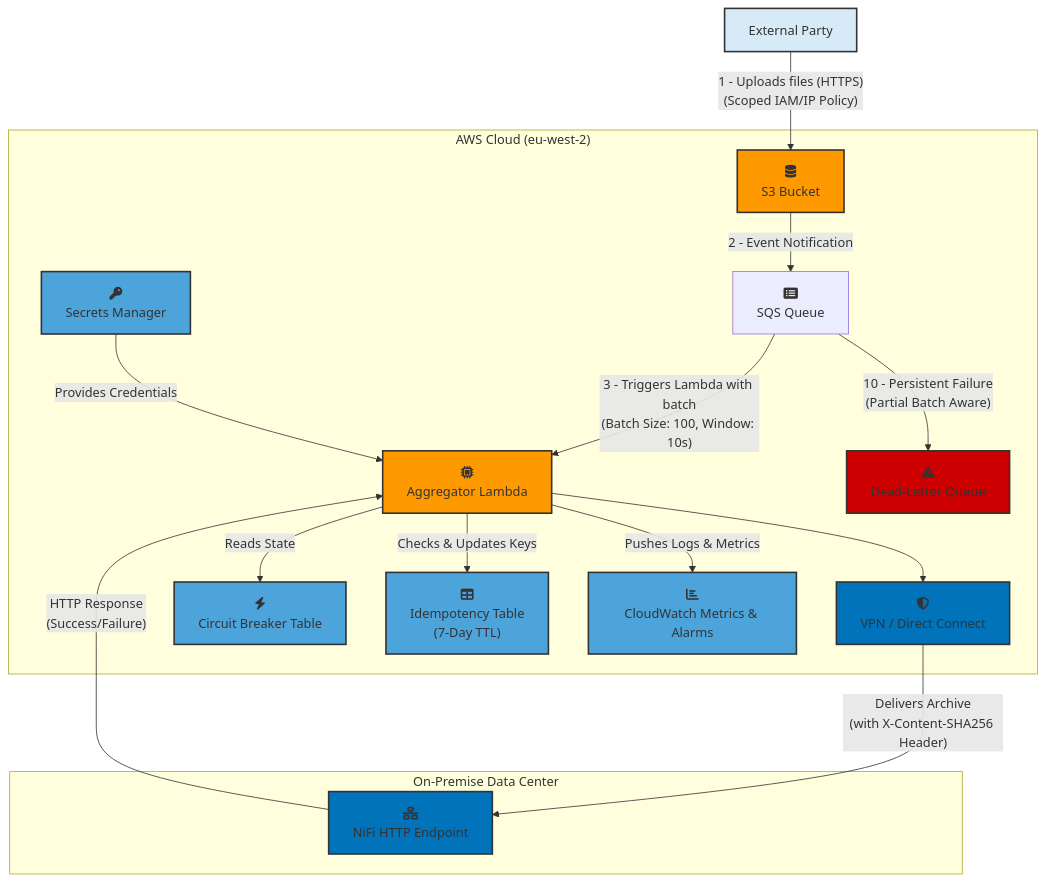
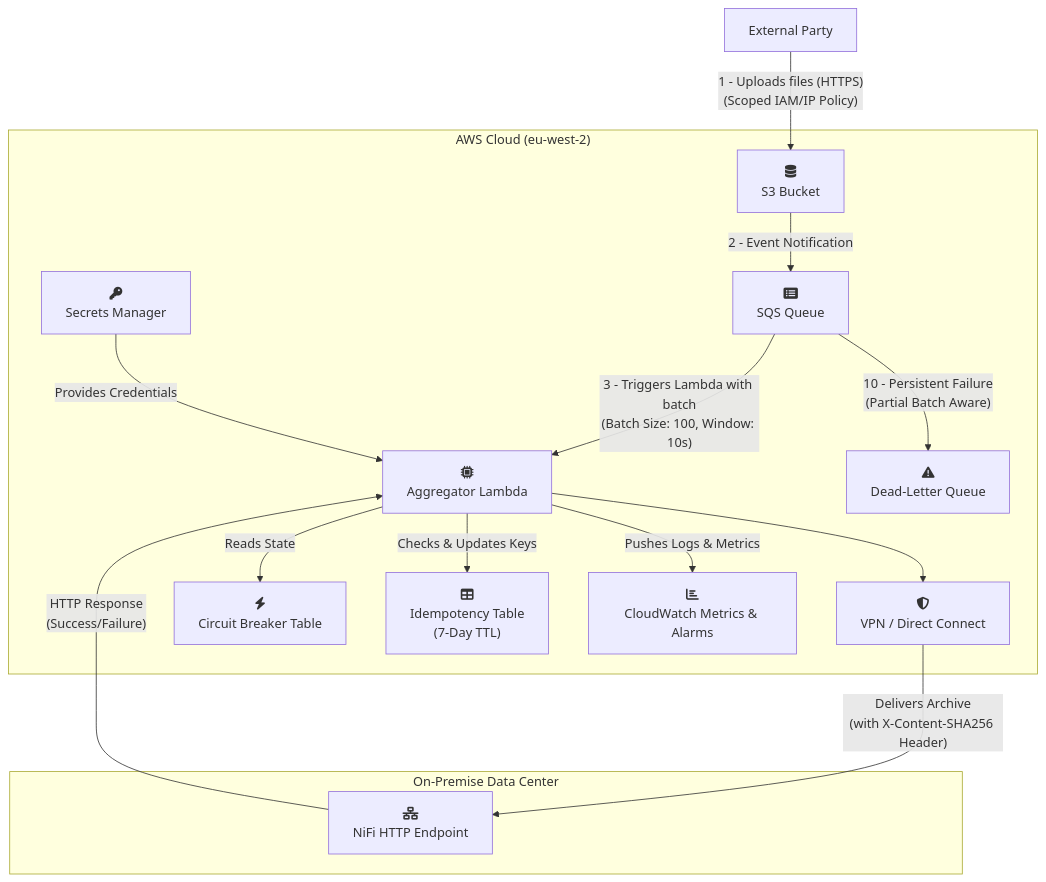
One commit to jathorp/data-agregator changed the diagram in README.md. Above: the diagram before and after it, drawn with Mermaid. The commit also changed other lines of this file, not shown here.

````diff
--- a/README.md
+++ b/README.md
@@ -56,53 +53,39 @@
 ```mermaid
 flowchart TD
     %% ───────── External Entities ─────────
     ExternalParty["External Party"]
     subgraph "On-Premise Data Center"
         NiFi["fa:fa-network-wired<br/>NiFi HTTP Endpoint"]
     end
 
     %% ───────── AWS Cloud (eu-west-2) System Boundary ─────────
     subgraph "AWS Cloud (eu-west-2)"
         %% Main Data Flow Nodes
         S3["fa:fa-database<br/>S3 Bucket"]
         SQS["fa:fa-list-alt<br/>SQS Queue"]
         Lambda["fa:fa-microchip<br/>Aggregator Lambda"]
         SecureTunnel["fa:fa-shield-alt<br/>VPN / Direct Connect"]
         DLQ["fa:fa-exclamation-triangle<br/>Dead-Letter Queue"]
         
         %% Supporting Service Nodes
         DynamoCB["fa:fa-bolt<br/>Circuit Breaker Table"]
         DynamoDB["fa:fa-table<br/>Idempotency Table<br/>(7-Day TTL)"]
         SecretsManager["fa:fa-key<br/>Secrets Manager"]
         CloudWatch["fa:fa-chart-bar<br/>CloudWatch Metrics & Alarms"]
 
         %% Internal System Connections
         S3              -->|"2 - Event Notification"| SQS
         SQS             -->|"3 - Triggers Lambda with batch<br/>(Batch Size: 100, Window: 10s)"| Lambda
         Lambda -- "Reads State" --> DynamoCB
         Lambda -- "Checks & Updates Keys" --> DynamoDB
         SecretsManager -- "Provides Credentials" --> Lambda
         Lambda -- "Pushes Logs & Metrics" --> CloudWatch
         Lambda --> SecureTunnel
         SQS -->|"10 - Persistent Failure<br/>(Partial Batch Aware)"| DLQ
     end
 
     %% ───────── Boundary Crossing Connections ─────────
     ExternalParty   -->|"1 - Uploads files (HTTPS)<br/>(Scoped IAM/IP Policy)"| S3
     SecureTunnel -->|"Delivers Archive<br/>(with X-Content-SHA256 Header)"| NiFi
     NiFi -- "HTTP Response<br/>(Success/Failure)" --> Lambda
-
-    %% ───────── Styling ─────────
-    classDef main fill:#FF9900,stroke:#333,stroke-width:2px;
-    classDef supp fill:#4DA4DB,stroke:#333,stroke-width:2px;
-    classDef conn fill:#0073BB,stroke:#333,stroke-width:2px;
-    classDef danger fill:#CC0000,stroke:#333,stroke-width:2px;
-    classDef key fill:#D6EAF8,stroke:#333,stroke-width:2px;
-
-    class Lambda,S3 main
-    class SQS main,fill:#FF4F8B
-    class DynamoDB,DynamoCB,SecretsManager,CloudWatch supp
-    class SecureTunnel,NiFi conn
-    class DLQ danger
-    class ExternalParty key
 ```
````
